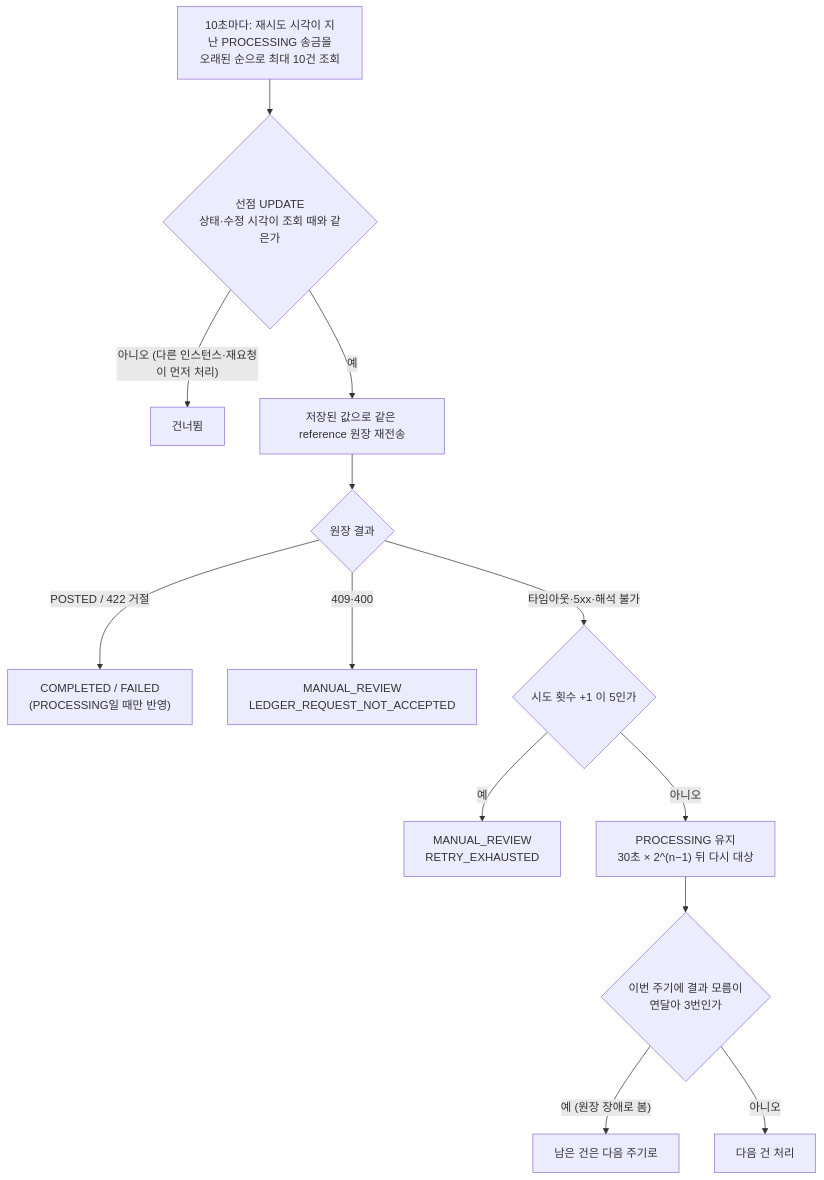
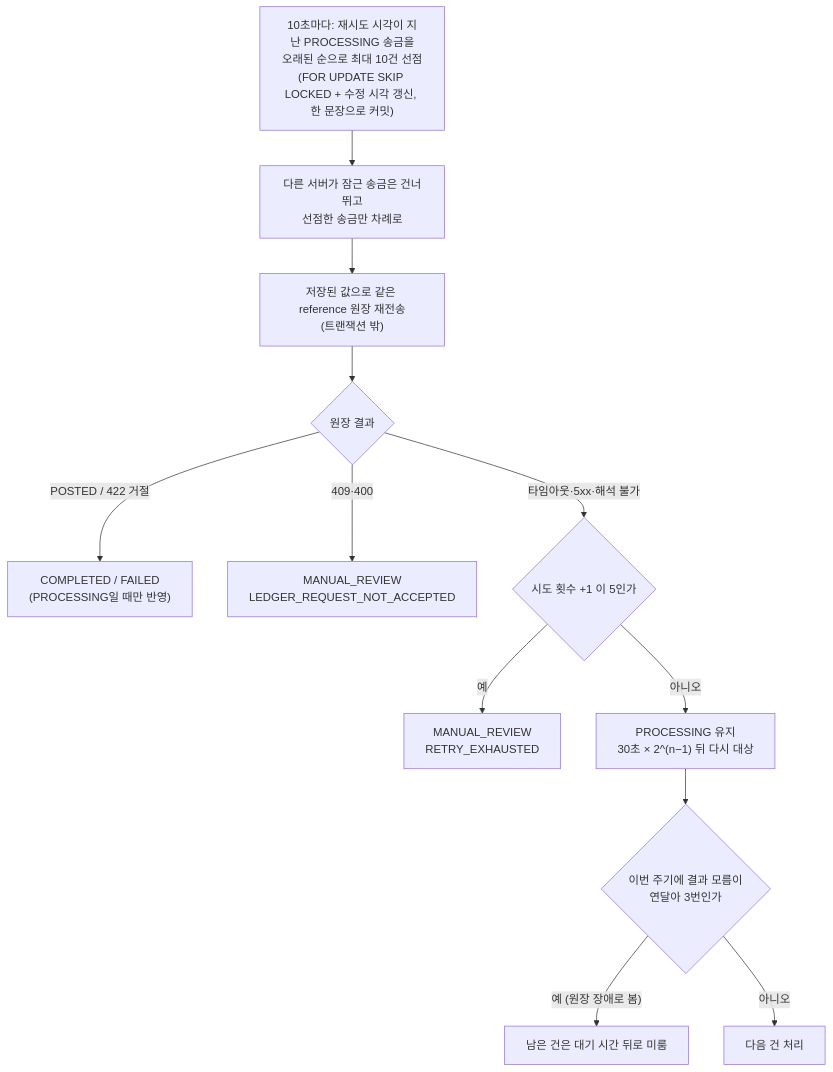
One commit to dont-worrys/travelpay changed the fourth of 5 diagrams in docs/guide/payment-transfer.md. Above: the diagram before and after it, drawn with Mermaid. The commit also changed other lines of this file and 8 other files, not shown here.

Commit message:
[REFACTOR] 송금 복구 스케줄러 다중 서버 처리 분배 개선 (SKIP LOCKED) #308

````diff
--- a/docs/guide/payment-transfer.md
+++ b/docs/guide/payment-transfer.md
@@ -450,15 +450,14 @@
 ```mermaid
 flowchart TD
-    A["10초마다: 재시도 시각이 지난 PROCESSING 송금을<br/>오래된 순으로 최대 10건 조회"] --> B{"선점 UPDATE<br/>상태·수정 시각이 조회 때와 같은가"}
-    B -->|"아니오 (다른 인스턴스·재요청이 먼저 처리)"| S["건너뜀"]
-    B -->|예| C["저장된 값으로 같은 reference 원장 재전송"]
+    A["10초마다: 재시도 시각이 지난 PROCESSING 송금을<br/>오래된 순으로 최대 10건 선점<br/>(FOR UPDATE SKIP LOCKED + 수정 시각 갱신, 한 문장으로 커밋)"] --> B["다른 서버가 잠근 송금은 건너뛰고<br/>선점한 송금만 차례로"]
+    B --> C["저장된 값으로 같은 reference 원장 재전송<br/>(트랜잭션 밖)"]
     C --> D{"원장 결과"}
     D -->|"POSTED / 422 거절"| E["COMPLETED / FAILED<br/>(PROCESSING일 때만 반영)"]
     D -->|"409·400"| F["MANUAL_REVIEW<br/>LEDGER_REQUEST_NOT_ACCEPTED"]
     D -->|"타임아웃·5xx·해석 불가"| G{"시도 횟수 +1 이 5인가"}
     G -->|예| H["MANUAL_REVIEW<br/>RETRY_EXHAUSTED"]
     G -->|아니오| I["PROCESSING 유지<br/>30초 × 2^(n−1) 뒤 다시 대상"]
     I --> J{"이번 주기에 결과 모름이<br/>연달아 3번인가"}
-    J -->|"예 (원장 장애로 봄)"| K["남은 건은 다음 주기로"]
+    J -->|"예 (원장 장애로 봄)"| K["남은 건은 대기 시간 뒤로 미룸"]
     J -->|아니오| L["다음 건 처리"]
 ```
````
